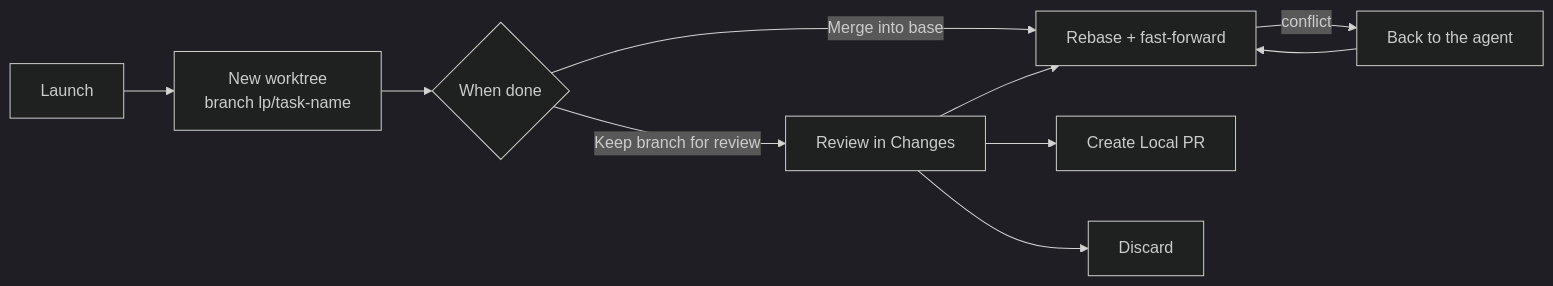
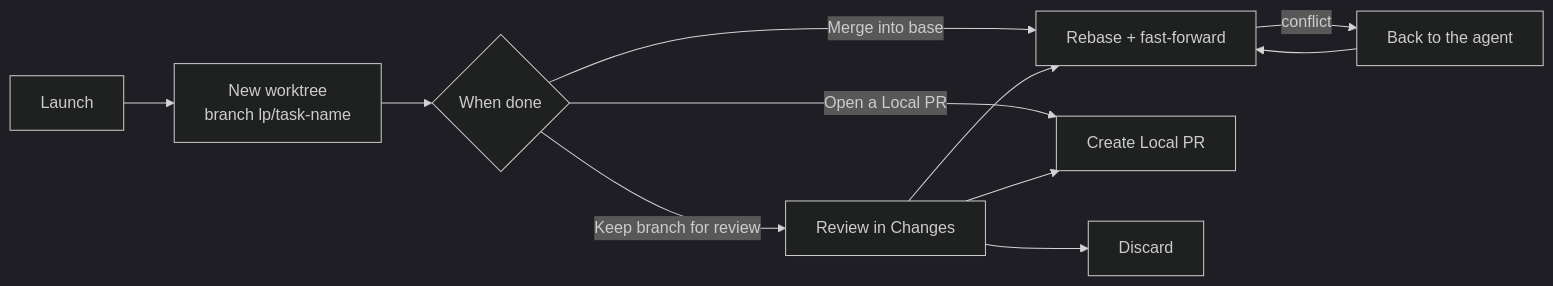
One commit to Wauplin/launchpad changed the second of 2 diagrams in docs/agents.md. Above: the diagram before and after it, drawn with Mermaid (dark theme). The commit also changed other lines of this file and 27 other files, not shown here.

Commit message:
Add Open a Local PR as a When done choice for task worktrees

````diff
--- a/docs/agents.md
+++ b/docs/agents.md
@@ -105,12 +105,13 @@
 ```mermaid
 flowchart LR
     A[Launch] --> B["New worktree<br/>branch lp/task-name"]
     B --> C{When done}
     C -->|Keep branch for review| D[Review in Changes]
     C -->|Merge into base| E[Rebase + fast-forward]
+    C -->|Open a Local PR| F
     D --> E
     D --> F[Create Local PR]
     D --> G[Discard]
     E -->|conflict| H[Back to the agent]
     H --> E
 ```
````
